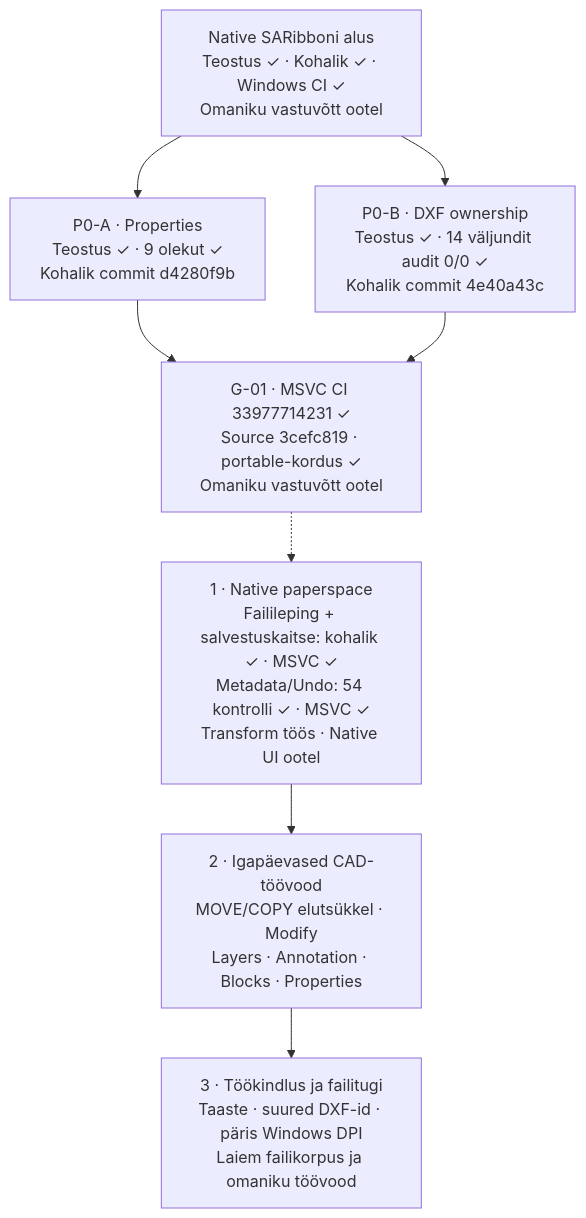
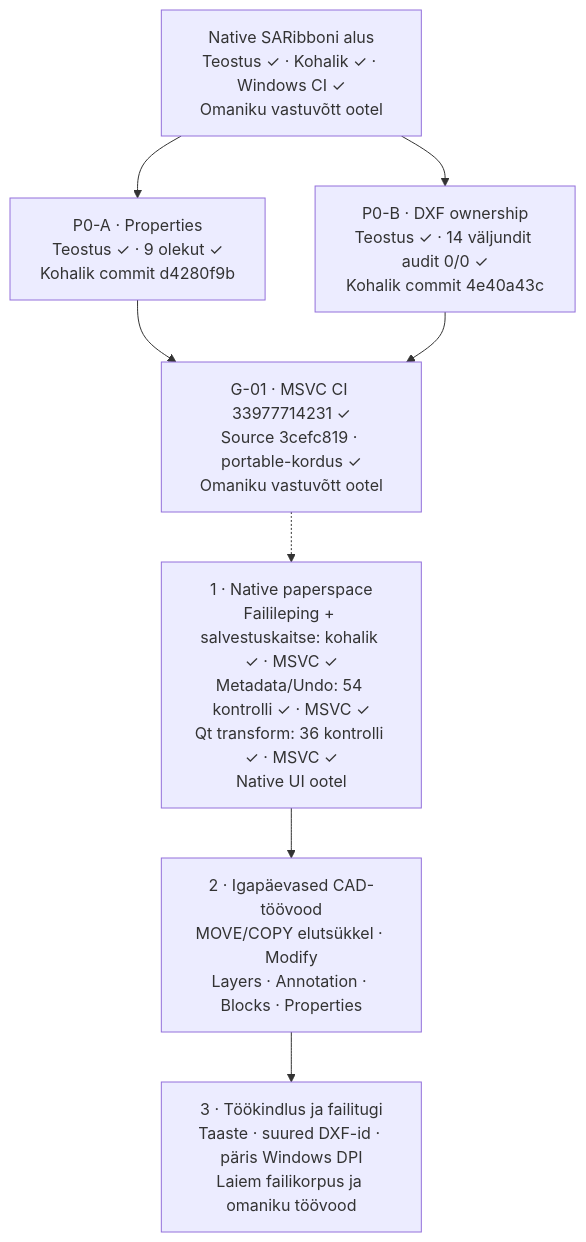
Before and after one commit to T3stin-svg/kuubik-draw-native: the first of 2 diagrams in docs/ROADMAP.md, drawn with Mermaid. The commit also changed other lines of this file and 11 other files, not shown here.

````diff
--- a/docs/ROADMAP.md
+++ b/docs/ROADMAP.md
@@ -77,16 +87,16 @@
 ```mermaid
 flowchart TD
     UI["Native SARibboni alus<br/>Teostus ✓ · Kohalik ✓ · Windows CI ✓<br/>Omaniku vastuvõtt ootel"]
     A["P0-A · Properties<br/>Teostus ✓ · 9 olekut ✓<br/>Kohalik commit d4280f9b"]
     B["P0-B · DXF ownership<br/>Teostus ✓ · 14 väljundit audit 0/0 ✓<br/>Kohalik commit 4e40a43c"]
     G["G-01 · MSVC CI 33977714231 ✓<br/>Source 3cefc819 · portable-kordus ✓<br/>Omaniku vastuvõtt ootel"]
-    P["1 · Native paperspace<br/>Failileping + salvestuskaitse: kohalik ✓ · MSVC ✓<br/>Metadata/Undo: 54 kontrolli ✓ · MSVC ✓<br/>Transform töös · Native UI ootel"]
+    P["1 · Native paperspace<br/>Failileping + salvestuskaitse: kohalik ✓ · MSVC ✓<br/>Metadata/Undo: 54 kontrolli ✓ · MSVC ✓<br/>Qt transform: 36 kontrolli ✓ · MSVC ✓<br/>Native UI ootel"]
     C["2 · Igapäevased CAD-töövood<br/>MOVE/COPY elutsükkel · Modify<br/>Layers · Annotation · Blocks · Properties"]
     R["3 · Töökindlus ja failitugi<br/>Taaste · suured DXF-id · päris Windows DPI<br/>Laiem failikorpus ja omaniku töövood"]
     UI --> A
     UI --> B
     A --> G
     B --> G
     G -.-> P
     P --> C --> R
 ```
````
